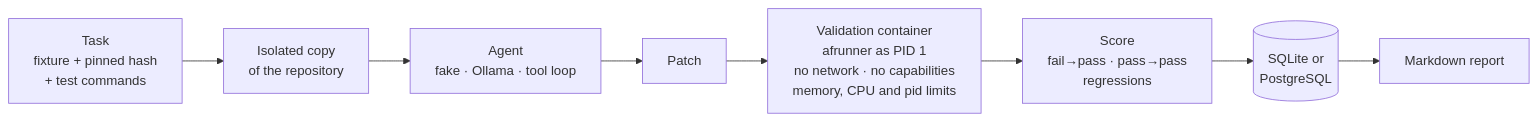
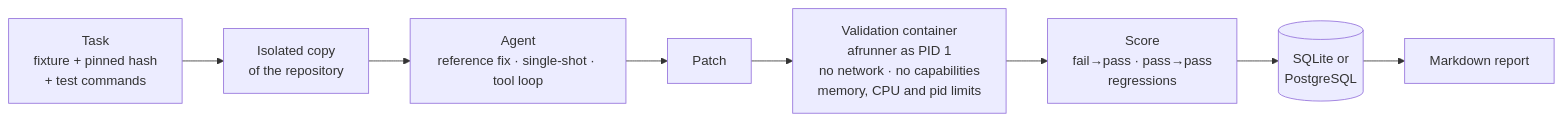
The first of 2 diagrams in README.md (Manideep728/agent-foundry), drawn with Mermaid before and after one commit. The commit also changed other lines of this file, not shown here.

````diff
--- a/README.md
+++ b/README.md
@@ -36,10 +57,10 @@
 ```mermaid
 flowchart LR
     T["Task<br/>fixture + pinned hash<br/>+ test commands"] --> W["Isolated copy<br/>of the repository"]
-    W --> A["Agent<br/>fake · Ollama · tool loop"]
+    W --> A["Agent<br/>reference fix · single-shot · tool loop"]
     A --> P["Patch"]
     P --> V["Validation container<br/>afrunner as PID 1<br/>no network · no capabilities<br/>memory, CPU and pid limits"]
     V --> S["Score<br/>fail→pass · pass→pass<br/>regressions"]
     S --> D[("SQLite or<br/>PostgreSQL")]
     D --> R["Markdown report"]
 ```
````
